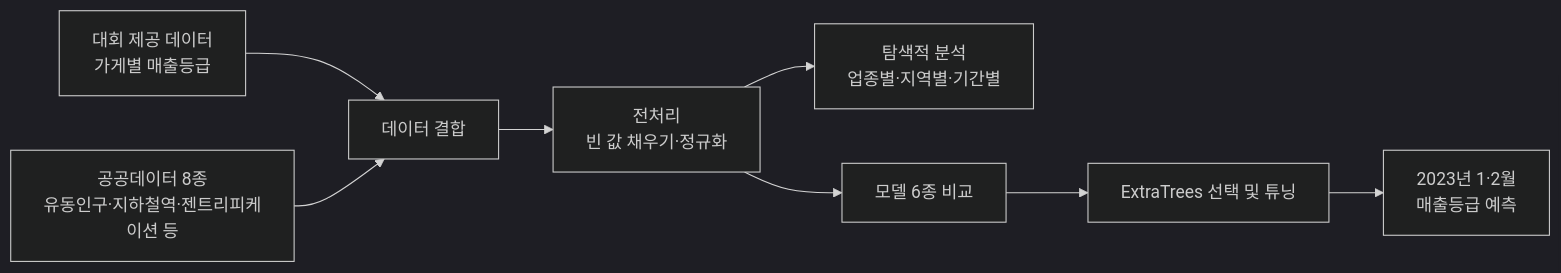
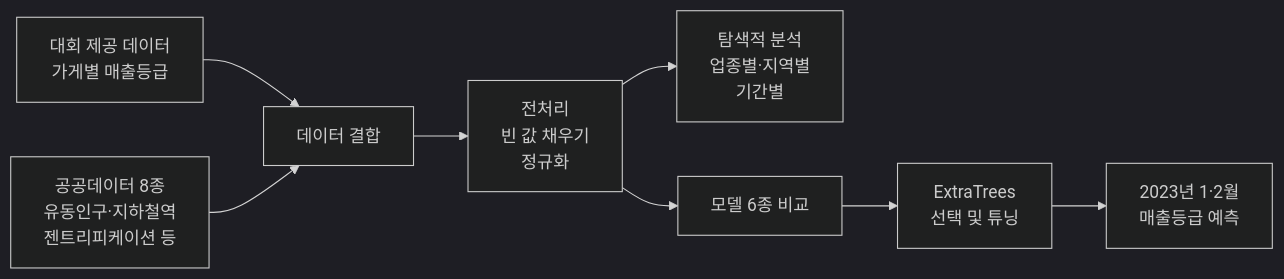
Before and after one commit to mjk022/portfolio: the diagram in 예상매출등급/README.md, drawn with Mermaid (dark theme). The commit also changed 142 other files, not shown here.

Commit message:
추천시스템 웹 체험 페이지 추가, mermaid 라벨 줄바꿈 정리

````diff
--- a/예상매출등급/README.md
+++ b/예상매출등급/README.md
@@ -30,10 +30,10 @@
 ```mermaid
 flowchart LR
     A[대회 제공 데이터<br/>가게별 매출등급] --> C[데이터 결합]
-    B[공공데이터 8종<br/>유동인구·지하철역·젠트리피케이션 등] --> C
-    C --> D[전처리<br/>빈 값 채우기·정규화]
-    D --> E[탐색적 분석<br/>업종별·지역별·기간별]
+    B[공공데이터 8종<br/>유동인구·지하철역<br/>젠트리피케이션 등] --> C
+    C --> D[전처리<br/>빈 값 채우기<br/>정규화]
+    D --> E[탐색적 분석<br/>업종별·지역별<br/>기간별]
     D --> F[모델 6종 비교]
-    F --> G[ExtraTrees 선택 및 튜닝]
+    F --> G[ExtraTrees<br/>선택 및 튜닝]
     G --> H[2023년 1·2월<br/>매출등급 예측]
 ```
````
